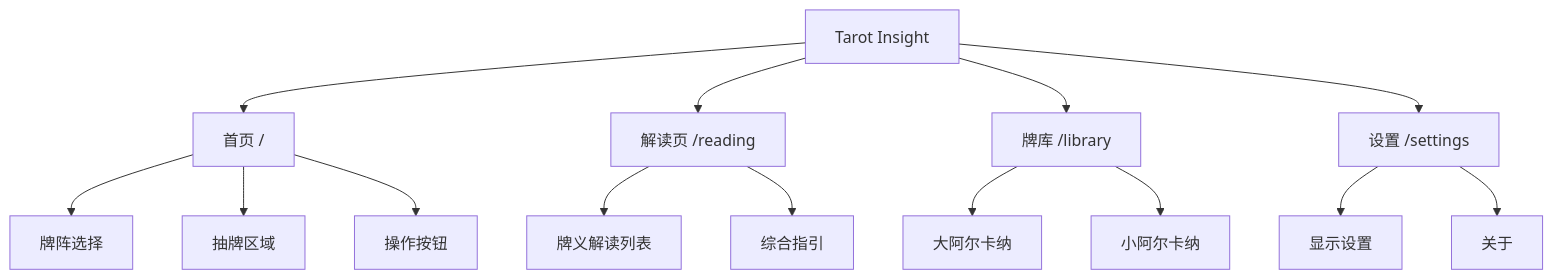
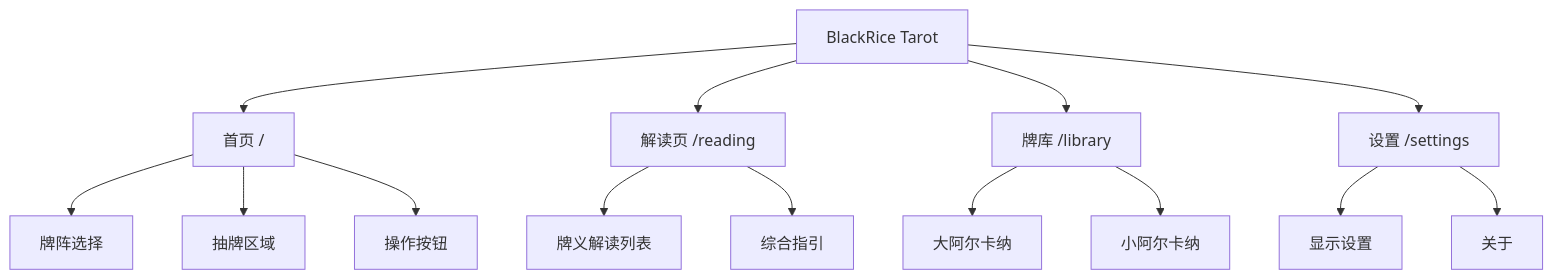
Before and after one commit to Yangiton/tarot: the first of 3 diagrams in docs/product/INFORMATION-ARCHITECTURE.md, drawn with Mermaid. The commit also changed other lines of this file and 8 other files, not shown here.

First line of the commit message:
refactor: 更新文档标题和内容以反映产品名称变更为 BlackRice Tarot

````diff
--- a/docs/product/INFORMATION-ARCHITECTURE.md
+++ b/docs/product/INFORMATION-ARCHITECTURE.md
@@ -13,20 +13,20 @@
 ```mermaid
 graph TD
-    A[Tarot Insight] --> B[首页 /]
+    A[BlackRice Tarot] --> B[首页 /]
     A --> C[解读页 /reading]
     A --> D[牌库 /library]
     A --> E[设置 /settings]
     
     B --> B1[牌阵选择]
     B --> B2[抽牌区域]
     B --> B3[操作按钮]
     
     C --> C1[牌义解读列表]
     C --> C2[综合指引]
     
     D --> D1[大阿尔卡纳]
     D --> D2[小阿尔卡纳]
     
     E --> E1[显示设置]
     E --> E2[关于]
 ```
````
